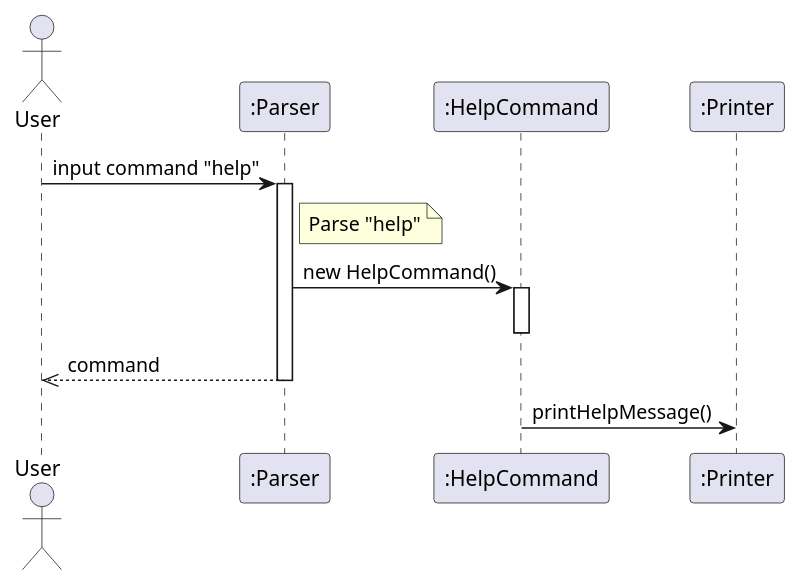
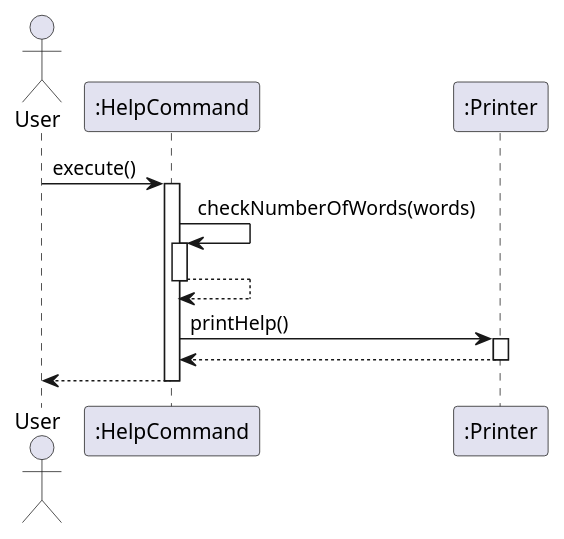
The diagram in docs/diagrams/help.puml (timothyloh0523/tp), drawn with PlantUML before and after one commit. The commit also changed 12 other files, not shown here.

Commit message:
Add steps for features and edit sequence diagrams

```diff
--- a/docs/diagrams/help.puml
+++ b/docs/diagrams/help.puml
@@ -1,18 +1,21 @@
 @startuml
-actor User
-participant Parser as ":Parser"
+actor User as User
 participant HelpCommand as ":HelpCommand"
 participant Printer as ":Printer"
 
-User -> Parser: input command "help"
-activate Parser
+User -> HelpCommand: execute()
+activate HelpCommand
 
-note right of Parser: Parse "help"
-Parser -> HelpCommand: new HelpCommand()
+
+HelpCommand -> HelpCommand: checkNumberOfWords(words)
 activate HelpCommand
+HelpCommand --> HelpCommand
 deactivate HelpCommand
-Parser -->> User: command
-deactivate Parser
 
-HelpCommand -> Printer: printHelpMessage()
+HelpCommand -> Printer: printHelp()
+activate Printer
+Printer --> HelpCommand
+deactivate Printer
+HelpCommand --> User
+deactivate HelpCommand
 @enduml
```
